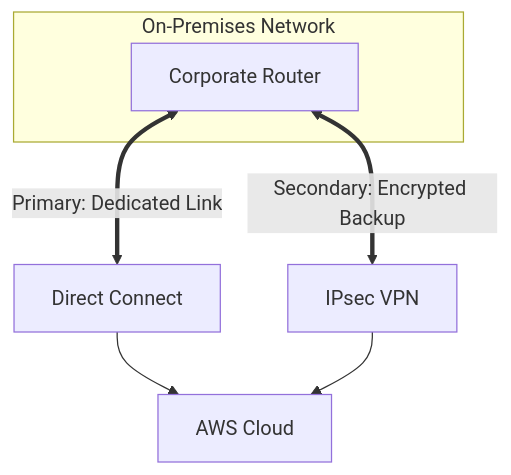
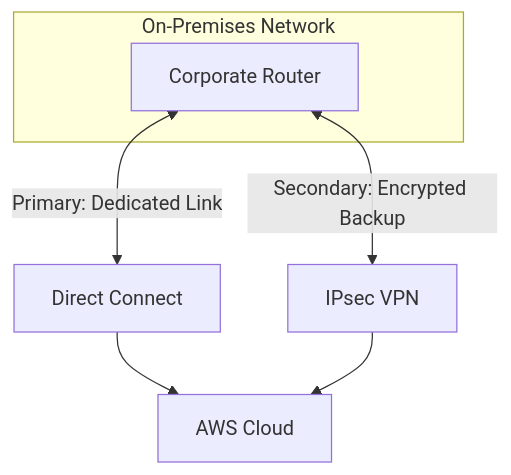
Before and after one commit to ReginRavi/AIP-C01: the seventh of 39 diagrams in 1.1 AWS — Evaluating Connectivity Options for On-Premises, Co-Location & Cloud Integration.md, drawn with Mermaid. The commit also changed other lines of this file, not shown here.

Commit message:
Fix Mermaid diagram syntax in 1.1 Evaluating Connectivity Options

````diff
--- a/1.1 AWS — Evaluating Connectivity Options for On-Premises, Co-Location & Cloud Integration.md
+++ b/1.1 AWS — Evaluating Connectivity Options for On-Premises, Co-Location & Cloud Integration.md
@@ -246,12 +247,12 @@
 ```mermaid
 flowchart TD
-    subgraph OnPrem["On-Premises Network"]
+    subgraph OnPrem ["On-Premises Network"]
         Corp["Corporate Router"]
     end
 
-    Corp <==>|"Primary: Dedicated Link"| DX["Direct Connect"]
-    Corp <==>|"Secondary: Encrypted Backup"| VPN["IPsec VPN"]
+    Corp <-->|"Primary: Dedicated Link"| DX["Direct Connect"]
+    Corp <-->|"Secondary: Encrypted Backup"| VPN["IPsec VPN"]
 
     DX --> AWS["AWS Cloud"]
     VPN --> AWS
 ```
````
